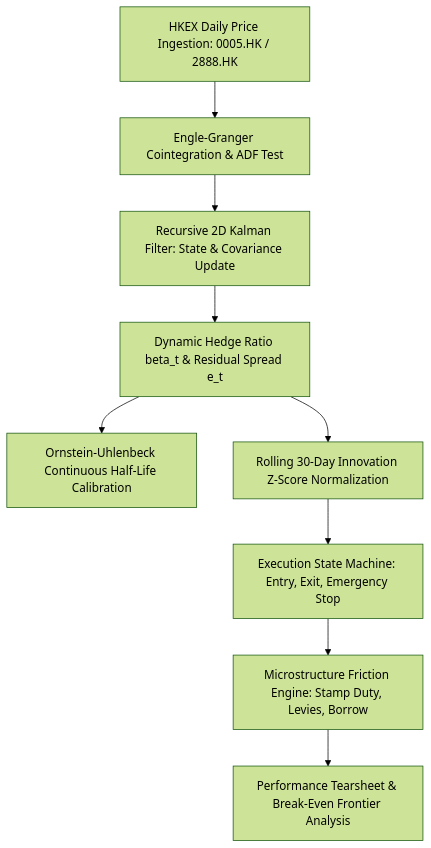
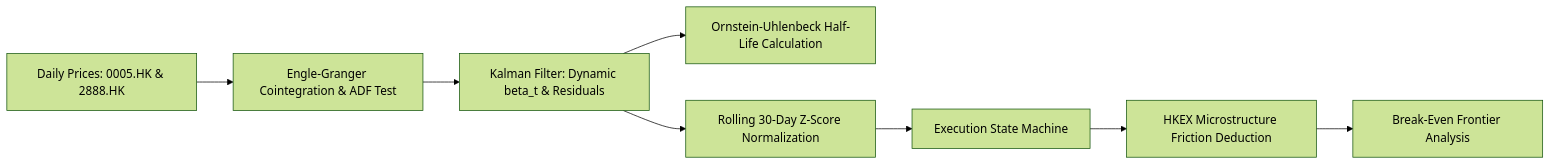
The diagram in README.md (sanaprabhakar/hkex-stat-arb), drawn with Mermaid (forest theme) before and after one commit. The commit also changed other lines of this file, not shown here.

````diff
--- a/README.md
+++ b/README.md
@@ -20,11 +22,10 @@
 ```mermaid
-flowchart TD
-    A[HKEX Daily Price Ingestion: 0005.HK / 2888.HK] --> B[Engle-Granger Cointegration & ADF Test]
-    B --> C[Recursive 2D Kalman Filter: State & Covariance Update]
-    C --> D[Dynamic Hedge Ratio beta_t & Residual Spread e_t]
-    D --> E[Ornstein-Uhlenbeck Continuous Half-Life Calibration]
-    D --> F[Rolling 30-Day Innovation Z-Score Normalization]
-    F --> G[Execution State Machine: Entry, Exit, Emergency Stop]
-    G --> H[Microstructure Friction Engine: Stamp Duty, Levies, Borrow]
-    H --> I[Performance Tearsheet & Break-Even Frontier Analysis]
+flowchart LR
+    A[Daily Prices: 0005.HK & 2888.HK] --> B[Engle-Granger Cointegration & ADF Test]
+    B --> C[Kalman Filter: Dynamic beta_t & Residuals]
+    C --> D[Ornstein-Uhlenbeck Half-Life Calculation]
+    C --> E[Rolling 30-Day Z-Score Normalization]
+    E --> F[Execution State Machine]
+    F --> G[HKEX Microstructure Friction Deduction]
+    G --> H[Break-Even Frontier Analysis]
 ```
````
